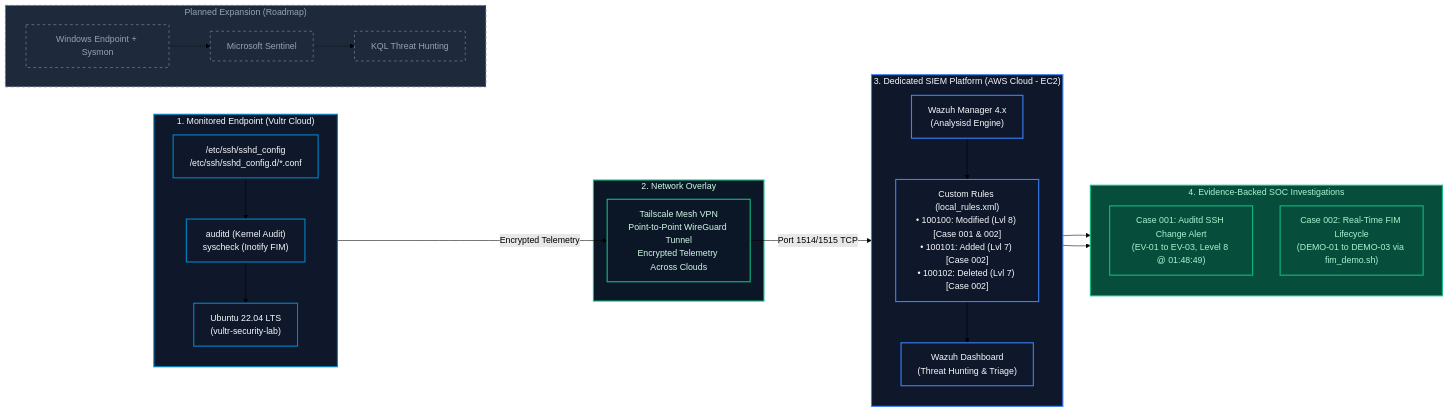
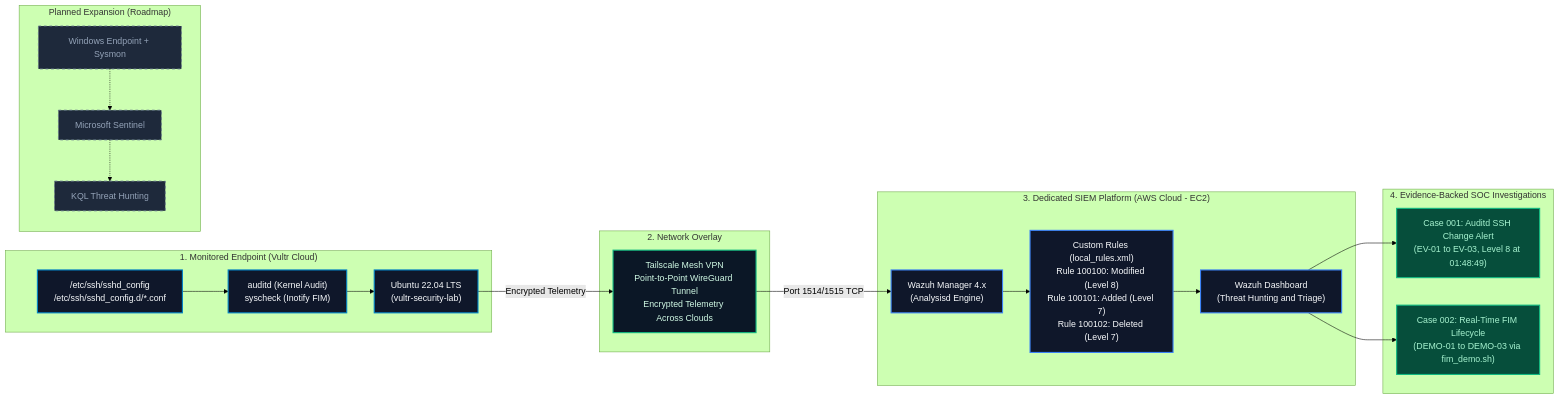
The diagram in README.md (BeazerJobs-USA/CyberSecurity-wazuh-soc-investigation-lab), drawn with Mermaid (forest theme) before and after one commit.

Commit message:
fix: Mermaid diagram loading issue resolved

````diff
--- a/README.md
+++ b/README.md
@@ -80,53 +80,52 @@
 ```mermaid
 flowchart LR
     classDef endpoint fill:#0f172a,stroke:#0284c7,stroke-width:2px,color:#f8fafc;
     classDef vpn fill:#0b1726,stroke:#10b981,stroke-width:2px,color:#d1fae5;
     classDef siem fill:#0f172a,stroke:#3b82f6,stroke-width:2px,color:#f8fafc;
     classDef alert fill:#064e3b,stroke:#10b981,stroke-width:2px,color:#a7f3d0;
-    classDef pending fill:#1e293b,stroke:#f59e0b,stroke-width:1.5px,stroke-dasharray: 4 4,color:#cbd5e1;
-    classDef planned fill:#1e293b,stroke:#64748b,stroke-width:1.5px,stroke-dasharray: 5 5,color:#94a3b8;
+    classDef planned fill:#1e293b,stroke:#64748b,stroke-width:1.5px,stroke-dasharray:5,color:#94a3b8;
 
     subgraph Vultr["1. Monitored Endpoint (Vultr Cloud)"]
-        direction TB
         Host["Ubuntu 22.04 LTS<br/>(vultr-security-lab)"]
         Sensors["auditd (Kernel Audit)<br/>syscheck (Inotify FIM)"]
         Target["/etc/ssh/sshd_config<br/>/etc/ssh/sshd_config.d/*.conf"]
         Target --> Sensors
         Sensors --> Host
     end
 
     subgraph Tunnel["2. Network Overlay"]
         VPN["Tailscale Mesh VPN<br/>Point-to-Point WireGuard Tunnel<br/>Encrypted Telemetry Across Clouds"]
     end
 
     subgraph AWS["3. Dedicated SIEM Platform (AWS Cloud - EC2)"]
-        direction TB
         Manager["Wazuh Manager 4.x<br/>(Analysisd Engine)"]
-        Rules["Custom Rules (local_rules.xml)<br/>• 100100: Modified (Lvl 8) [Case 001 & 002]<br/>• 100101: Added (Lvl 7) [Case 002]<br/>• 100102: Deleted (Lvl 7) [Case 002]"]
-        Dashboard["Wazuh Dashboard<br/>(Threat Hunting & Triage)"]
+        Rules["Custom Rules (local_rules.xml)<br/>Rule 100100: Modified (Level 8)<br/>Rule 100101: Added (Level 7)<br/>Rule 100102: Deleted (Level 7)"]
+        Dashboard["Wazuh Dashboard<br/>(Threat Hunting and Triage)"]
         Manager --> Rules
         Rules --> Dashboard
     end
 
     subgraph Cases["4. Evidence-Backed SOC Investigations"]
-        direction TB
-        C1["Case 001: Auditd SSH Change Alert<br/>(EV-01 to EV-03, Level 8 @ 01:48:49)"]
+        C1["Case 001: Auditd SSH Change Alert<br/>(EV-01 to EV-03, Level 8 at 01:48:49)"]
         C2["Case 002: Real-Time FIM Lifecycle<br/>(DEMO-01 to DEMO-03 via fim_demo.sh)"]
     end
 
     Host -->|Encrypted Telemetry| VPN
     VPN -->|Port 1514/1515 TCP| Manager
     Dashboard --> C1
     Dashboard --> C2
 
     subgraph Roadmap["Planned Expansion (Roadmap)"]
-        direction LR
-        Win["Windows Endpoint + Sysmon"] -.-> Sentinel["Microsoft Sentinel"] -.-> KQL["KQL Threat Hunting"]
+        Win["Windows Endpoint + Sysmon"]
+        Sentinel["Microsoft Sentinel"]
+        KQL["KQL Threat Hunting"]
+        Win -.-> Sentinel
+        Sentinel -.-> KQL
     end
 
-    class Vultr,Host,Sensors,Target endpoint;
-    class Tunnel,VPN vpn;
-    class AWS,Manager,Rules,Dashboard siem;
-    class Cases,C1,C2 alert;
-    class Roadmap,Win,Sentinel,KQL planned;
+    class Host,Sensors,Target endpoint;
+    class VPN vpn;
+    class Manager,Rules,Dashboard siem;
+    class C1,C2 alert;
+    class Win,Sentinel,KQL planned;
 ```
````
